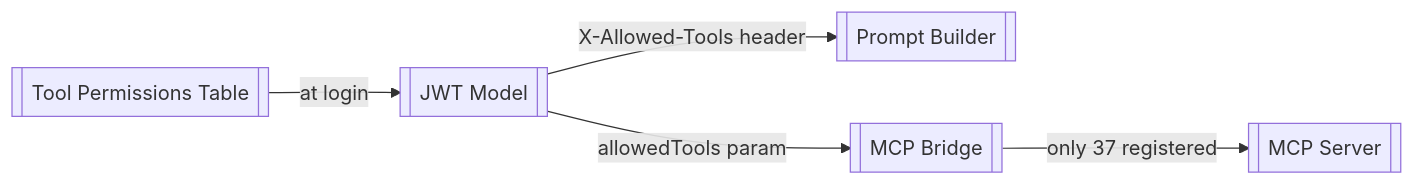
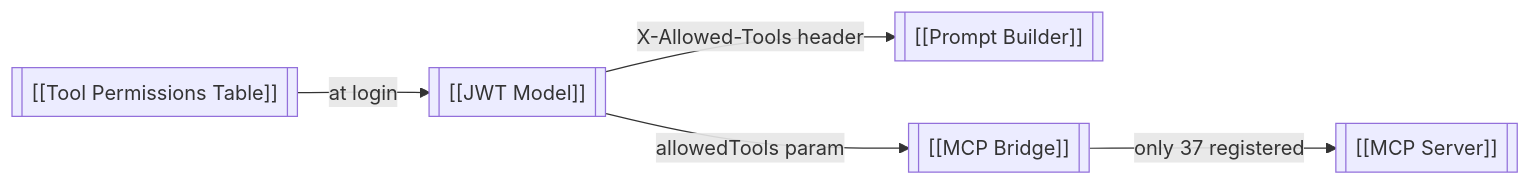
Before and after one commit to impie0/dattobrain: the diagram in DattoLLM-main/RBAC System.md, drawn with Mermaid. The commit also changed other lines of this file and 63 other files, not shown here.

First line of the commit message:
v2.0.0 — Phase 0 security hardening + knowledge graph sync

````diff
--- a/DattoLLM-main/RBAC System.md
+++ b/DattoLLM-main/RBAC System.md
@@ -16,13 +25,13 @@
 ```mermaid
 flowchart LR
-    DB[["Tool Permissions Table"]]
-    JWT[["JWT Model"]]
-    Prompt[["Prompt Builder"]]
-    Bridge[["MCP Bridge"]]
-    MCP[["MCP Server"]]
+    DB[["[[Tool Permissions Table]]"]]
+    JWT[["[[JWT Model]]"]]
+    Prompt[["[[Prompt Builder]]"]]
+    Bridge[["[[MCP Bridge]]"]]
+    MCP[["[[MCP Server]]"]]
 
     DB -->|"at login"| JWT
     JWT -->|"X-Allowed-Tools header"| Prompt
     JWT -->|"allowedTools param"| Bridge
     Bridge -->|"only 37 registered"| MCP
 ```
````
